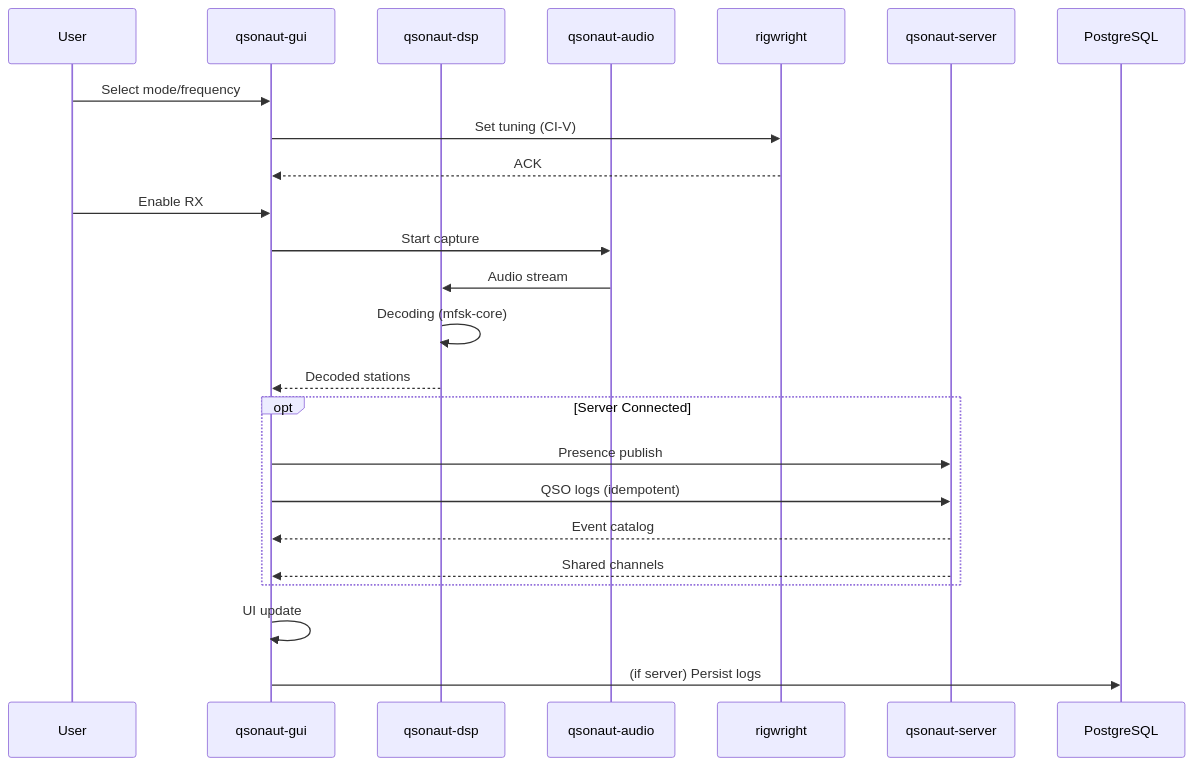
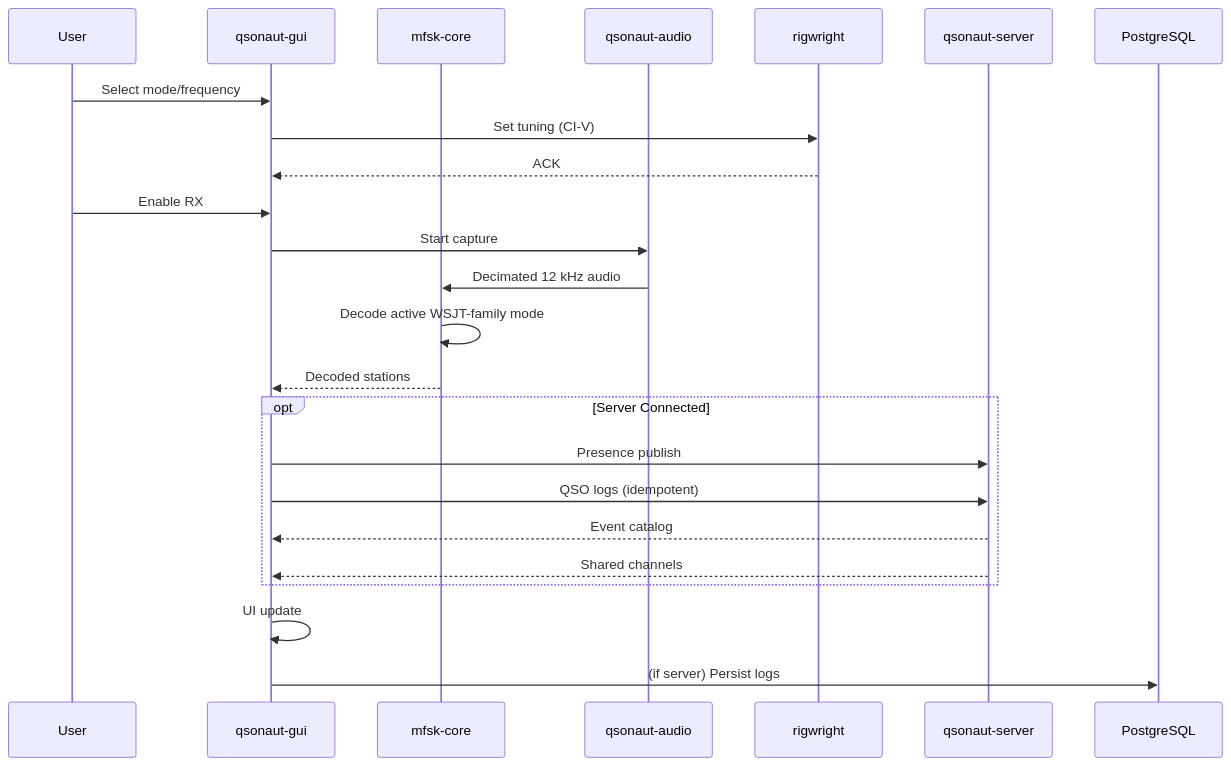
One commit to nicksbar/QSONaut changed the second of 6 diagrams in docs/ARCHITECTURE.md. Above: the diagram before and after it, drawn with Mermaid. The commit also changed other lines of this file and 36 other files, not shown here.

````diff
--- a/docs/ARCHITECTURE.md
+++ b/docs/ARCHITECTURE.md
@@ -54,30 +51,30 @@
 ```mermaid
 sequenceDiagram
     participant User
     participant GUI as qsonaut-gui
-    participant DSP as qsonaut-dsp
+    participant Decoder as mfsk-core
     participant Audio as qsonaut-audio
     participant Radio as rigwright
     participant Server as qsonaut-server
     participant DB as PostgreSQL
     
     User->>GUI: Select mode/frequency
     GUI->>Radio: Set tuning (CI-V)
     Radio-->>GUI: ACK
     
     User->>GUI: Enable RX
     GUI->>Audio: Start capture
-    Audio->>DSP: Audio stream
-    DSP->>DSP: Decoding (mfsk-core)
-    DSP-->>GUI: Decoded stations
+    Audio->>Decoder: Decimated 12 kHz audio
+    Decoder->>Decoder: Decode active WSJT-family mode
+    Decoder-->>GUI: Decoded stations
     
     opt Server Connected
         GUI->>Server: Presence publish
         GUI->>Server: QSO logs (idempotent)
         Server-->>GUI: Event catalog
         Server-->>GUI: Shared channels
     end
     
     GUI->>GUI: UI update
     GUI->>DB: (if server) Persist logs
 ```
````
